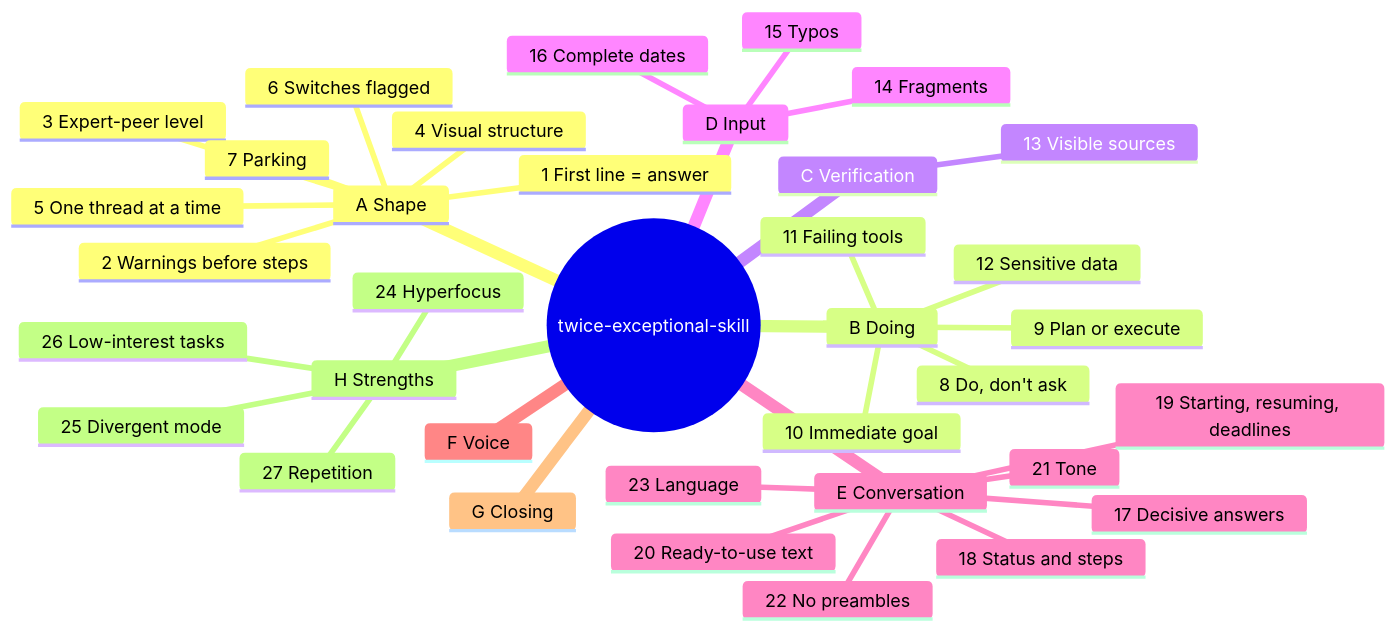
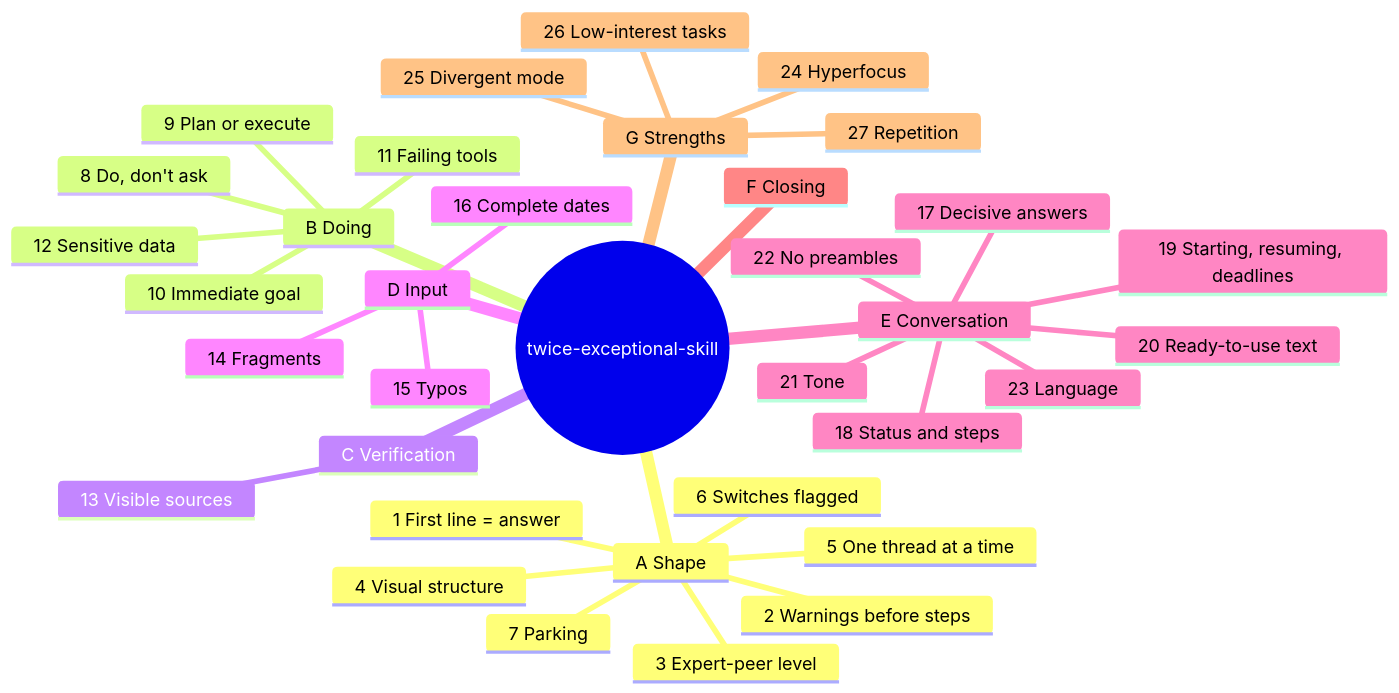
Before and after one commit to JohnnyTriggerDev/twice-exceptional-skill: the diagram in docs/RULES.md, drawn with Mermaid. The commit also changed other lines of this file and 3 other files, not shown here.

````diff
--- a/docs/RULES.md
+++ b/docs/RULES.md
@@ -5,39 +5,38 @@
 ```mermaid
 mindmap
   root((twice-exceptional-skill))
     A Shape
       1 First line = answer
       2 Warnings before steps
       3 Expert-peer level
       4 Visual structure
       5 One thread at a time
       6 Switches flagged
       7 Parking
     B Doing
       8 Do, don't ask
       9 Plan or execute
       10 Immediate goal
       11 Failing tools
       12 Sensitive data
     C Verification
       13 Visible sources
     D Input
       14 Fragments
       15 Typos
       16 Complete dates
     E Conversation
       17 Decisive answers
       18 Status and steps
       19 Starting, resuming, deadlines
       20 Ready-to-use text
       21 Tone
       22 No preambles
       23 Language
-    F Voice
-    G Closing
-    H Strengths
+    F Closing
+    G Strengths
       24 Hyperfocus
       25 Divergent mode
       26 Low-interest tasks
       27 Repetition
 ```
````
